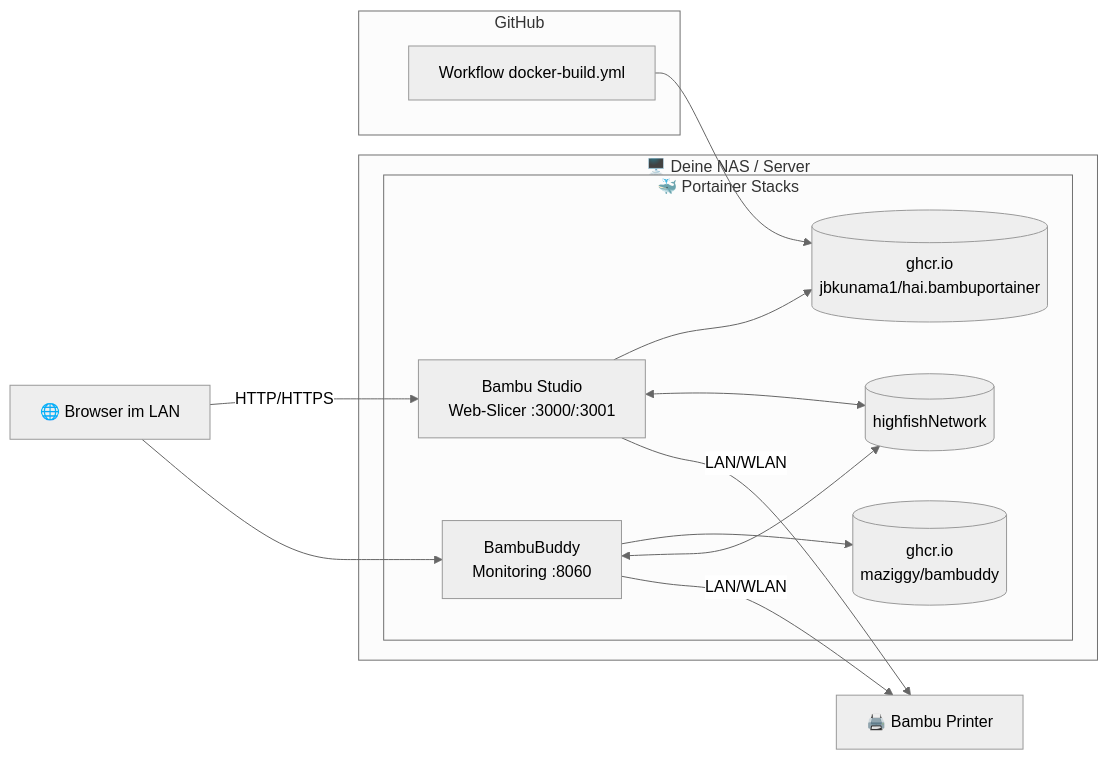
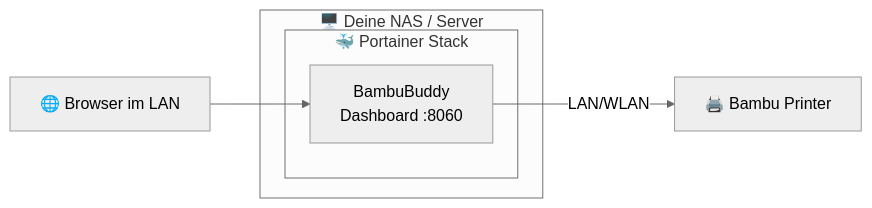
Before and after one commit to jbkunama1/hAI.BambuPortainer: the diagram in README.md, drawn with Mermaid (neutral theme). The commit also changed other lines of this file and 4 other files, not shown here.

Commit message:
Simplify to single BambuBuddy container on port 8060

````diff
--- a/README.md
+++ b/README.md
@@ -34,18 +29,10 @@
 ```mermaid
 flowchart LR
   subgraph NAS[🖥️ Deine NAS / Server]
-    subgraph Portainer[🐳 Portainer Stacks]
-      BS[Bambu Studio<br/>Web-Slicer :3000/:3001] --> GHCR1[(ghcr.io<br/>jbkunama1/hai.bambuportainer)]
-      BB[BambuBuddy<br/>Monitoring :8060] --> GHCR2[(ghcr.io<br/>maziggy/bambuddy)]
-      BS <--> NET[(highfishNetwork)]
-      BB <--> NET
+    subgraph Portainer[🐳 Portainer Stack]
+      BB[BambuBuddy<br/>Dashboard :8060]
     end
   end
-  subgraph GH[GitHub]
-    W1[Workflow docker-build.yml] --> GHCR1
-  end
-  BROWSER[🌐 Browser im LAN] -->|HTTP/HTTPS| BS
-  BROWSER --> BB
-  BS -->|LAN/WLAN| PRINTER[🖨️ Bambu Printer]
-  BB -->|LAN/WLAN| PRINTER
+  BROWSER[🌐 Browser im LAN] --> BB
+  BB -->|LAN/WLAN| PRINTER[🖨️ Bambu Printer]
 ```
````
